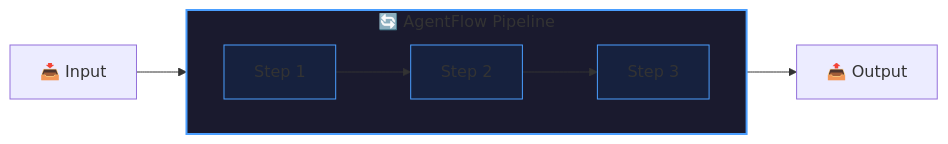
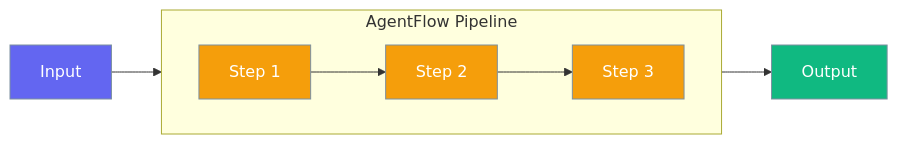
Before and after one commit to MervinPraison/PraisonAIDocs: the first of 5 diagrams in docs/concepts/agentflow.mdx, drawn with Mermaid.

Commit message:
Fix AgentFlow top diagram colors to match AGENTS.md standards

````diff
--- a/docs/concepts/agentflow.mdx
+++ b/docs/concepts/agentflow.mdx
@@ -10,16 +10,19 @@
 ```mermaid
 flowchart LR
-    subgraph AgentFlow["🔄 AgentFlow Pipeline"]
+    subgraph AgentFlow["AgentFlow Pipeline"]
         direction LR
         S1["Step 1"] --> S2["Step 2"]
         S2 --> S3["Step 3"]
     end
     
-    Input["📥 Input"] --> AgentFlow
-    AgentFlow --> Output["📤 Output"]
+    Input["Input"] --> AgentFlow
+    AgentFlow --> Output["Output"]
     
-    style AgentFlow fill:#1a1a2e,stroke:#4a9eff,stroke-width:2px
-    style S1 fill:#16213e,stroke:#4a9eff
-    style S2 fill:#16213e,stroke:#4a9eff
-    style S3 fill:#16213e,stroke:#4a9eff
+    classDef input fill:#6366F1,stroke:#7C90A0,color:#fff
+    classDef process fill:#F59E0B,stroke:#7C90A0,color:#fff
+    classDef output fill:#10B981,stroke:#7C90A0,color:#fff
+    
+    class Input input
+    class S1,S2,S3 process
+    class Output output
 ```
````
